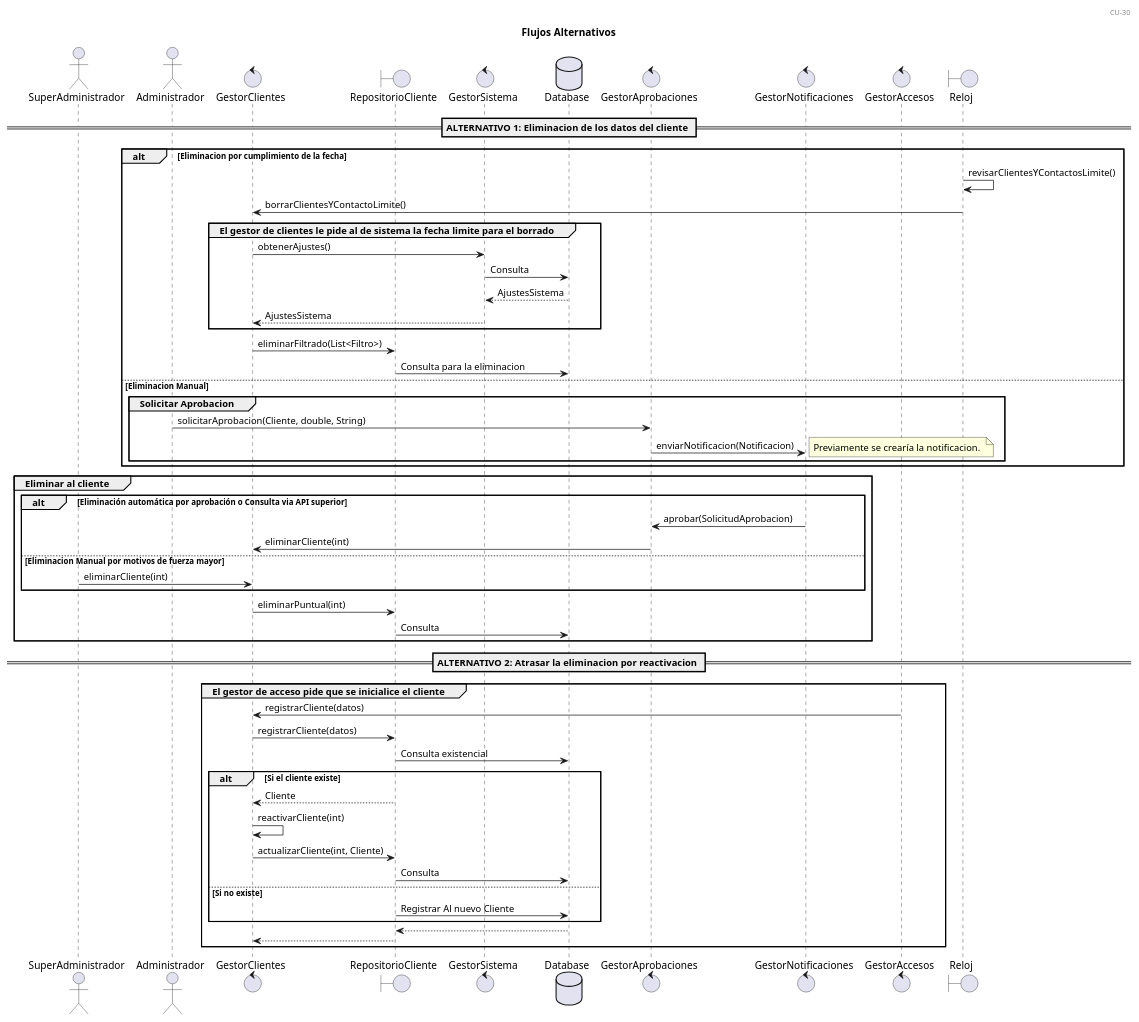
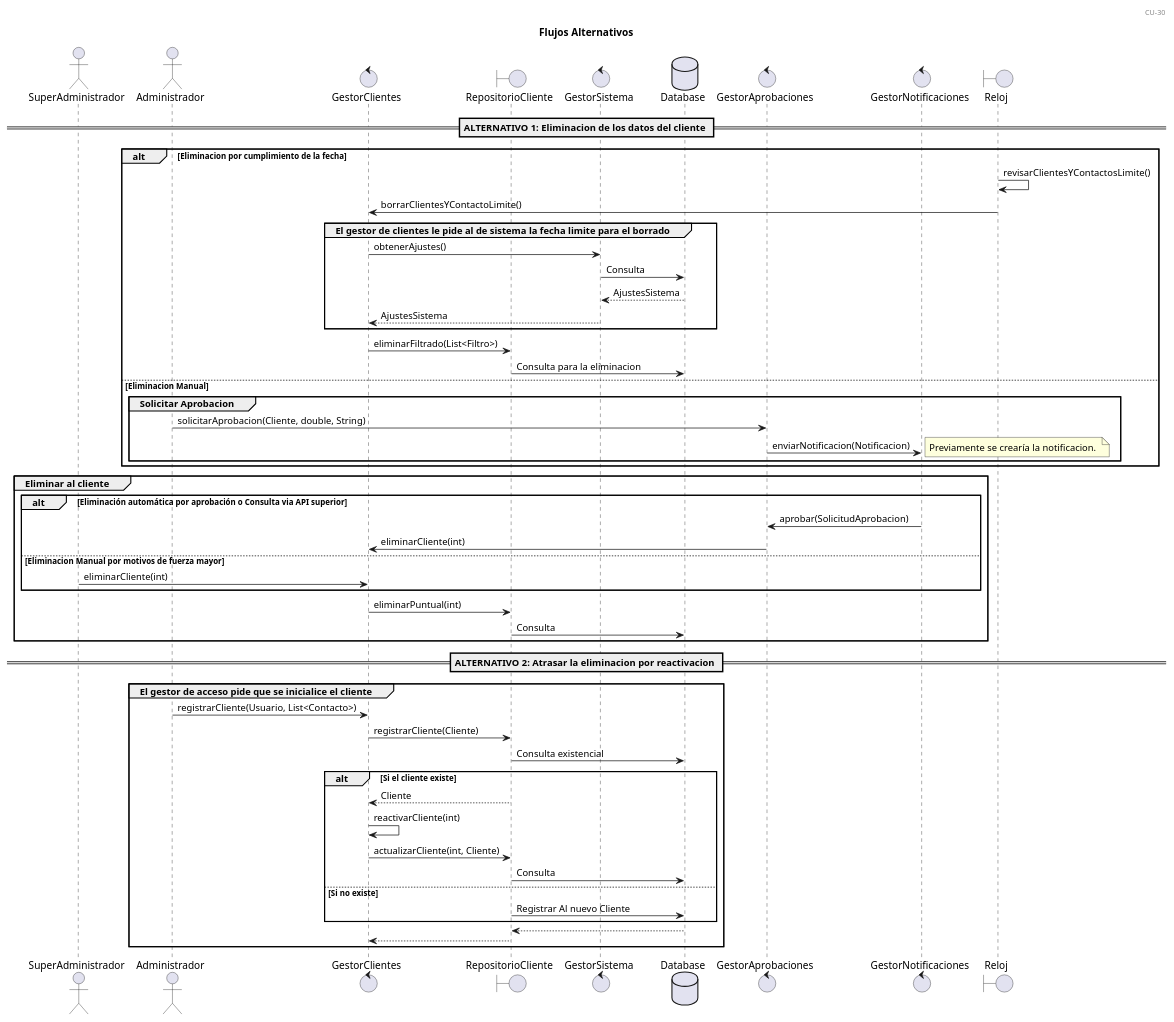
Before and after one commit to Vertossse/Elefantes: the diagram in entrega2/diagramas/secuencias/CU-30.5.puml, drawn with PlantUML. The commit also changed 2 other files, not shown here.

```diff
--- a/entrega2/diagramas/secuencias/CU-30.5.puml
+++ b/entrega2/diagramas/secuencias/CU-30.5.puml
@@ -1,66 +1,65 @@
 @startuml
 header CU-30
 title Flujos Alternativos 
 actor SuperAdministrador
 actor Administrador
 control GestorClientes 
 boundary RepositorioCliente
 control GestorSistema 
 database Database
 control GestorAprobaciones
 control GestorNotificaciones
-control GestorAccesos 
 boundary Reloj 
 == ALTERNATIVO 1: Eliminacion de los datos del cliente == 
 alt Eliminacion por cumplimiento de la fecha 
 Reloj -> Reloj : revisarClientesYContactosLimite()
 Reloj -> GestorClientes : borrarClientesYContactoLimite()
 
 group El gestor de clientes le pide al de sistema la fecha limite para el borrado
 GestorClientes -> GestorSistema : obtenerAjustes()
 GestorSistema -> Database : Consulta
 Database --> GestorSistema : AjustesSistema
 GestorSistema --> GestorClientes : AjustesSistema
 end group  
 
 GestorClientes -> RepositorioCliente : eliminarFiltrado(List<Filtro>)
 RepositorioCliente -> Database : Consulta para la eliminacion
 
 else Eliminacion Manual 
 group Solicitar Aprobacion
 Administrador -> GestorAprobaciones : solicitarAprobacion(Cliente, double, String)
 GestorAprobaciones -> GestorNotificaciones : enviarNotificacion(Notificacion)
 note right 
 Previamente se crearía la notificacion. 
 end note 
 end group 
 end 
 
 group Eliminar al cliente 
 alt Eliminación automática por aprobación o Consulta via API superior 
 GestorNotificaciones -> GestorAprobaciones : aprobar(SolicitudAprobacion)
 GestorAprobaciones -> GestorClientes : eliminarCliente(int)
 else Eliminacion Manual por motivos de fuerza mayor
 SuperAdministrador -> GestorClientes : eliminarCliente(int)
 end 
 GestorClientes -> RepositorioCliente : eliminarPuntual(int)
 RepositorioCliente -> Database : Consulta 
 end group
 
 == ALTERNATIVO 2: Atrasar la eliminacion por reactivacion == 
 group El gestor de acceso pide que se inicialice el cliente 
-GestorAccesos -> GestorClientes : registrarCliente(datos) 
-GestorClientes -> RepositorioCliente : registrarCliente(datos)
+Administrador -> GestorClientes : registrarCliente(Usuario, List<Contacto>) 
+GestorClientes -> RepositorioCliente : registrarCliente(Cliente)
 RepositorioCliente -> Database : Consulta existencial
 alt Si el cliente existe 
 RepositorioCliente --> GestorClientes : Cliente 
 GestorClientes -> GestorClientes : reactivarCliente(int)
 GestorClientes -> RepositorioCliente : actualizarCliente(int, Cliente)
 RepositorioCliente -> Database : Consulta 
 else Si no existe 
 RepositorioCliente -> Database : Registrar Al nuevo Cliente 
 end alt 
 Database --> RepositorioCliente 
 RepositorioCliente --> GestorClientes 
 end group 
 @enduml 
```
